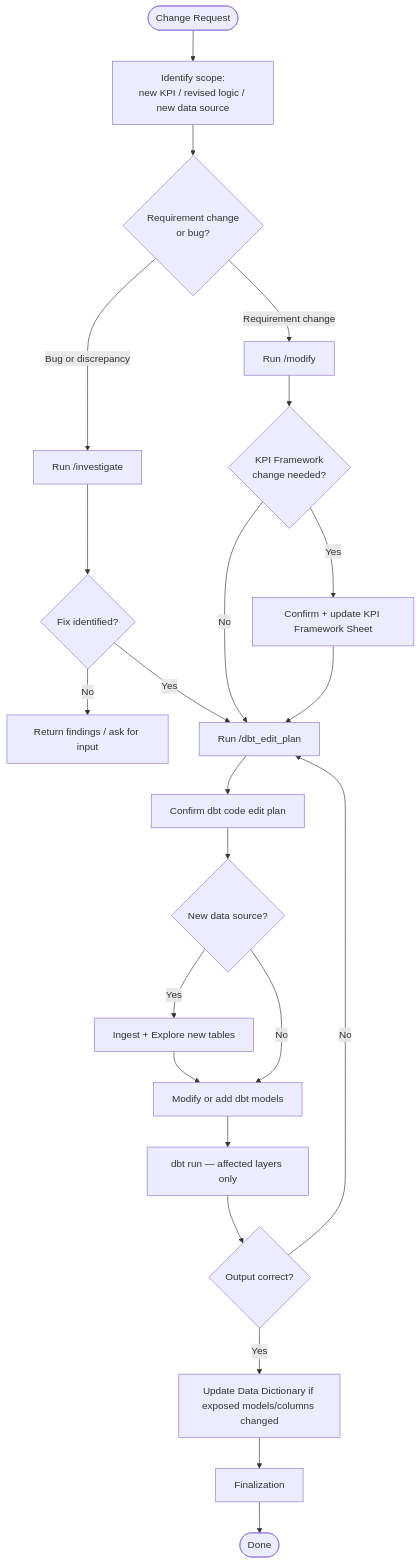
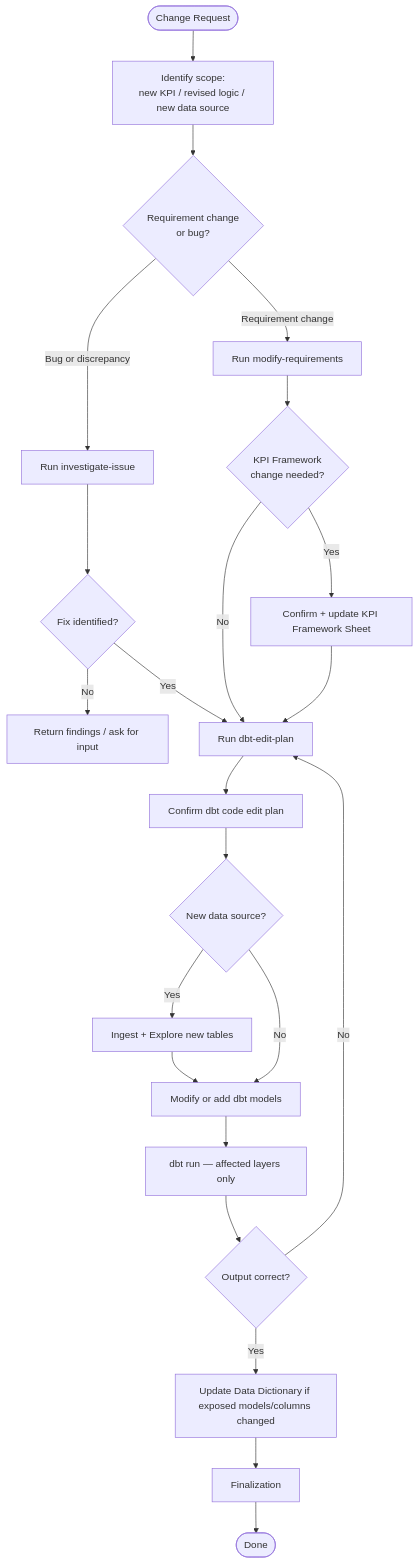
Before and after one commit to DalgoT4D/dalgo-consulting: the second of 2 diagrams in docs/process.md, drawn with Mermaid. The commit also changed other lines of this file and 53 other files, not shown here.

````diff
--- a/docs/process.md
+++ b/docs/process.md
@@ -51,25 +51,25 @@
 ```mermaid
 flowchart TD
     A([Change Request]) --> B[Identify scope:\nnew KPI / revised logic / new data source]
     B --> C{Requirement change\nor bug?}
-    C -- Requirement change --> D[Run /modify]
-    C -- Bug or discrepancy --> E[Run /investigate]
+    C -- Requirement change --> D[Run modify-requirements]
+    C -- Bug or discrepancy --> E[Run investigate-issue]
     E --> F{Fix identified?}
     F -- No --> G[Return findings / ask for input]
-    F -- Yes --> H[Run /dbt_edit_plan]
+    F -- Yes --> H[Run dbt-edit-plan]
     D --> I{KPI Framework\nchange needed?}
     I -- Yes --> J[Confirm + update KPI Framework Sheet]
     I -- No --> H
     J --> H
     H --> K[Confirm dbt code edit plan]
     K --> L{New data source?}
     L -- Yes --> M[Ingest + Explore new tables]
     M --> N[Modify or add dbt models]
     L -- No --> N
     N --> O[dbt run — affected layers only]
     O --> P{Output correct?}
     P -- No --> H
     P -- Yes --> Q[Update Data Dictionary if exposed models/columns changed]
     Q --> R[Finalization]
     R --> S([Done])
 ```
````
